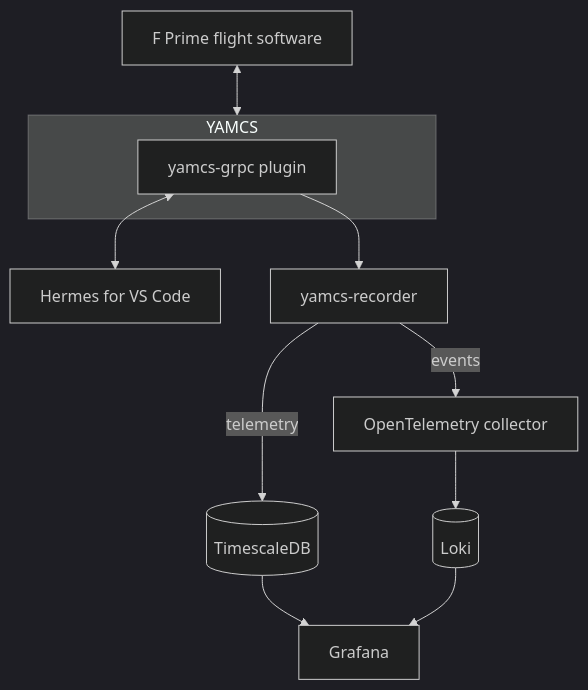
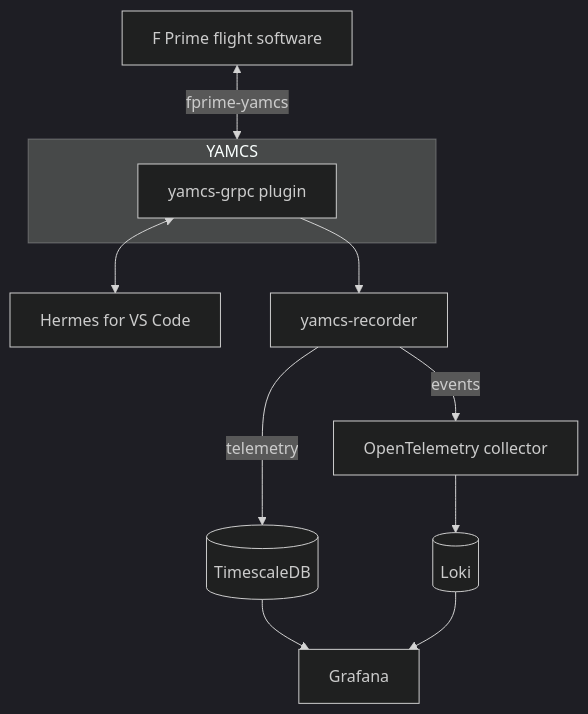
Before and after one commit to nasa/hermes: the diagram in docs/index.md, drawn with Mermaid (dark theme). The commit also changed 14 other files, not shown here.

````diff
--- a/docs/index.md
+++ b/docs/index.md
@@ -27,24 +27,24 @@
 ```mermaid
 flowchart TB
     fsw["F Prime flight software"]
 
     subgraph yamcs ["YAMCS"]
         grpc["yamcs-grpc plugin"]
     end
 
     vsc["Hermes for VS Code"]
     rec["yamcs-recorder"]
     ts[("TimescaleDB")]
     otel["OpenTelemetry collector"]
     loki[("Loki")]
     graf["Grafana"]
 
-    fsw <--> yamcs
+    fsw <-->|"fprime-yamcs"| yamcs
     grpc <--> vsc
     grpc --> rec
     rec -->|"telemetry"| ts
     rec -->|"events"| otel
     otel --> loki
     ts --> graf
     loki --> graf
 ```
````
